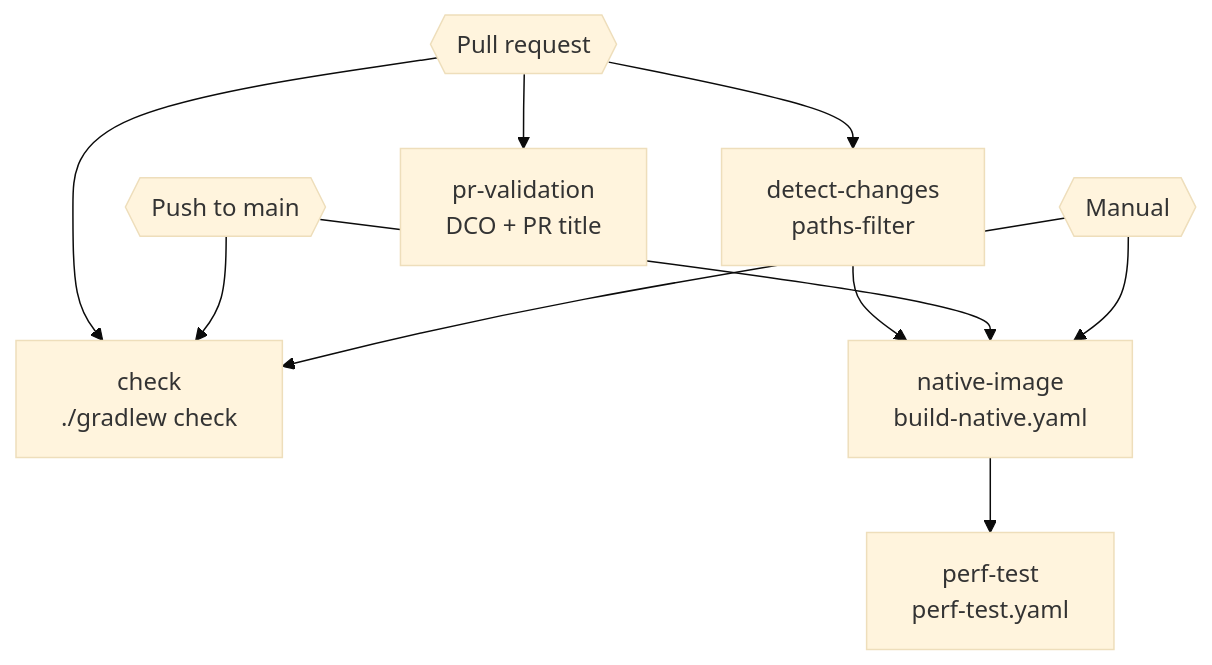
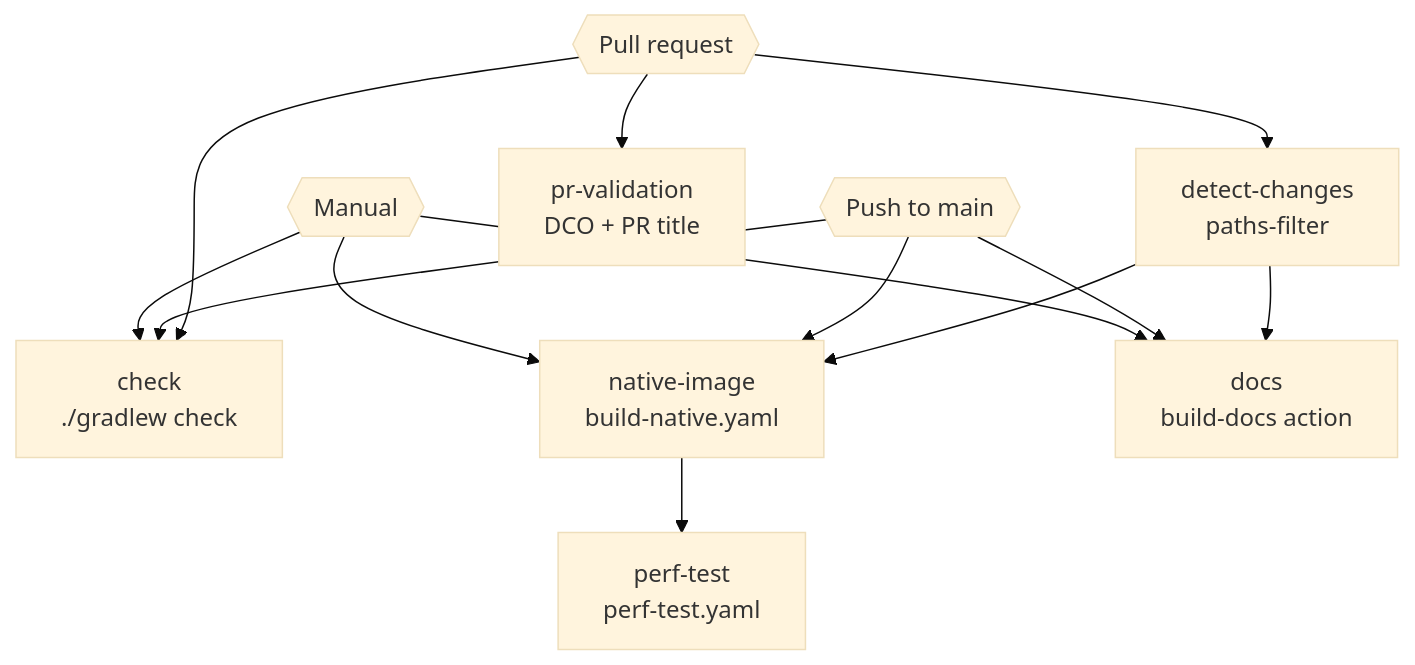
One commit to vulnlog/vulnlog changed the first of 3 diagrams in devdoc/GitHub-Action-Pipelines.md. Above: the diagram before and after it, drawn with Mermaid (base theme). The commit also changed other lines of this file and 12 other files, not shown here.

````diff
--- a/devdoc/GitHub-Action-Pipelines.md
+++ b/devdoc/GitHub-Action-Pipelines.md
@@ -21,15 +21,18 @@
 ```mermaid
 flowchart TD
     PR{{Pull request}}
     PUSH{{Push to main}}
     DISP{{Manual}}
     PR --> PRV[pr-validation<br/>DCO + PR title]
     PR --> DC[detect-changes<br/>paths-filter]
     PR --> CHK[check<br/>./gradlew check]
     PUSH --> CHK
     DISP --> CHK
     DC --> NI[native-image<br/>build-native.yaml]
+    DC --> DOCS[docs<br/>build-docs action]
+    PUSH --> DOCS
+    DISP --> DOCS
     PUSH --> NI
     DISP --> NI
     NI --> PT[perf-test<br/>perf-test.yaml]
 ```
````
